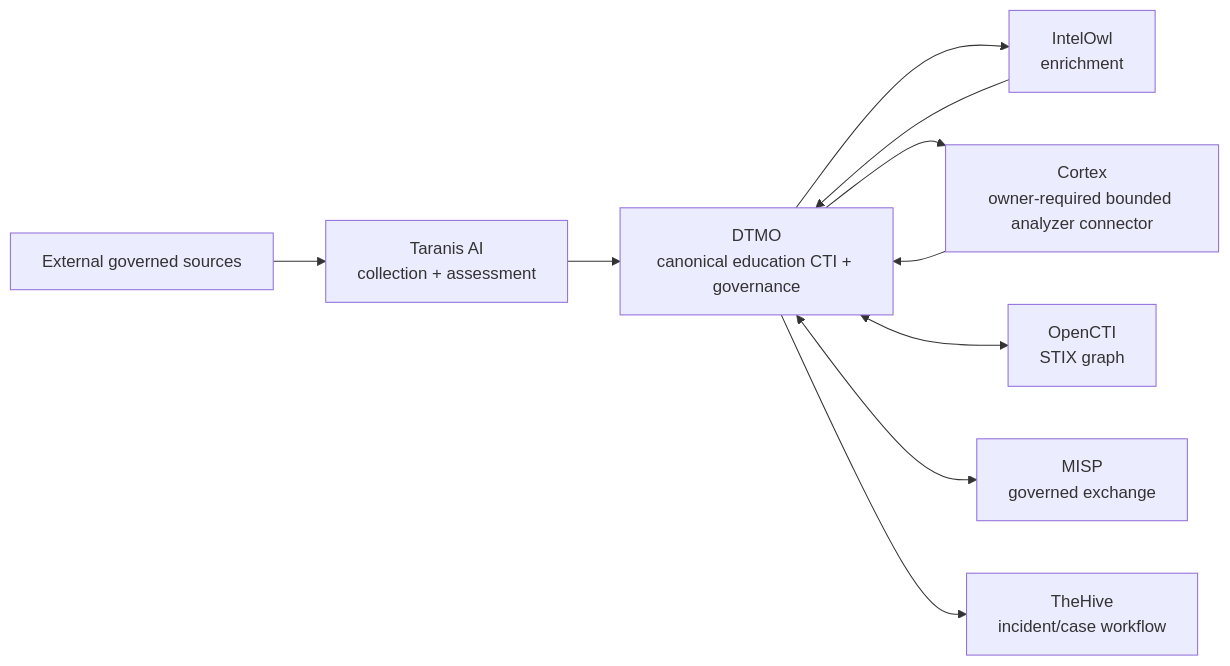
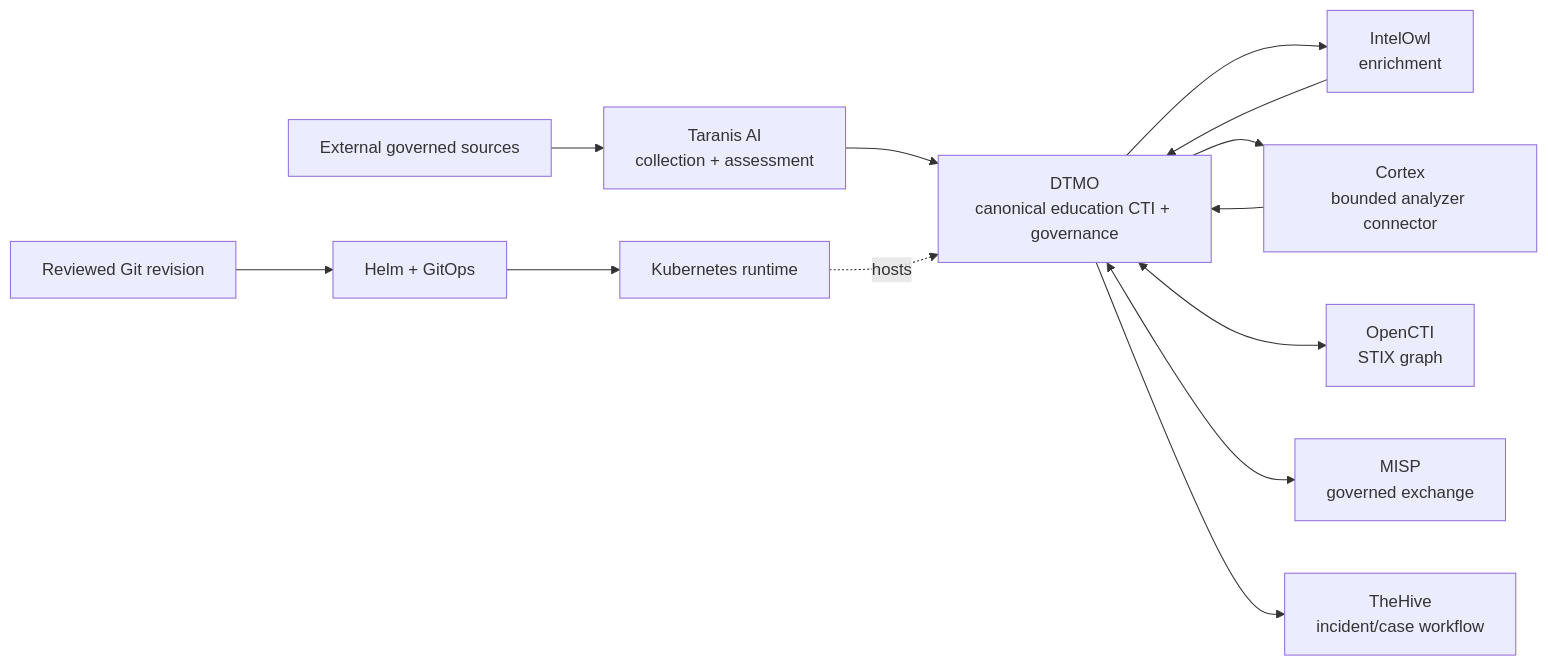
The first of 2 diagrams in docs/roadmap/PLATFORM_INDUSTRIALISATION_ROADMAP.md (GJvManen/dtmo), drawn with Mermaid before and after one commit. The commit also changed other lines of this file, not shown here.

Commit message:
phase11.8: activate runtime industrialisation roadmap

````diff
--- a/docs/roadmap/PLATFORM_INDUSTRIALISATION_ROADMAP.md
+++ b/docs/roadmap/PLATFORM_INDUSTRIALISATION_ROADMAP.md
@@ -14,12 +14,15 @@
 ```mermaid
 flowchart LR
     EXT[External governed sources] --> TAR[Taranis AI\ncollection + assessment]
     TAR --> DTMO[DTMO\ncanonical education CTI + governance]
     DTMO --> OWL[IntelOwl\nenrichment]
     OWL --> DTMO
-    DTMO --> CTX[Cortex\nowner-required bounded analyzer connector]
+    DTMO --> CTX[Cortex\nbounded analyzer connector]
     CTX --> DTMO
     DTMO <--> OCTI[OpenCTI\nSTIX graph]
     DTMO <--> MISP[MISP\ngoverned exchange]
     DTMO --> HIVE[TheHive\nincident/case workflow]
+    GIT[Reviewed Git revision] --> HELM[Helm + GitOps]
+    HELM --> K8S[Kubernetes runtime]
+    K8S -. hosts .-> DTMO
 ```
````
